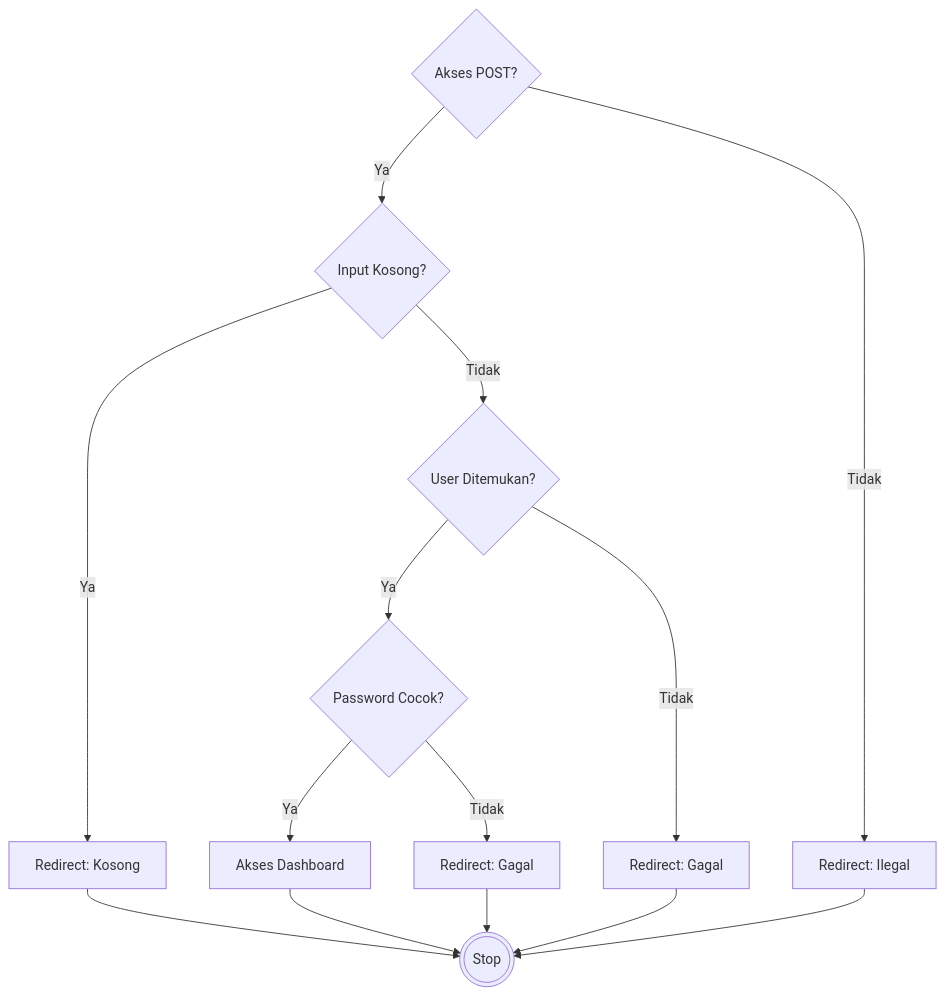
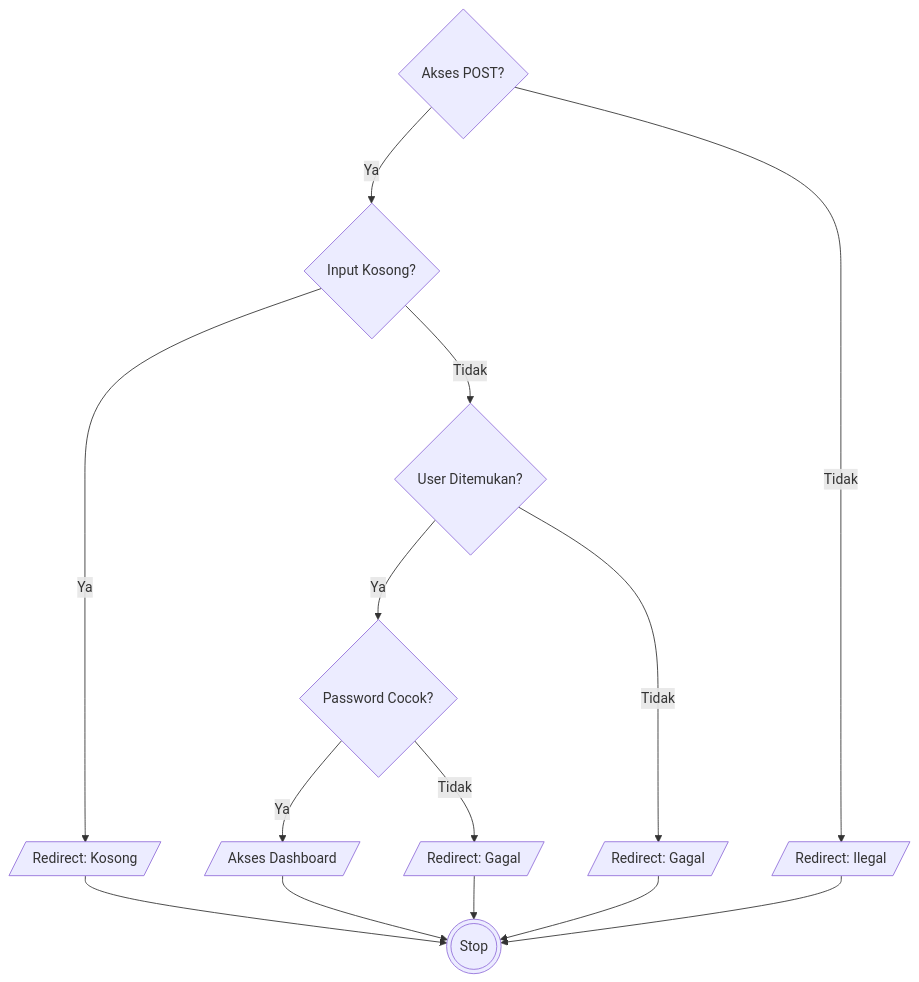
One commit to arbain-dev/Web_fikom changed the first of 6 diagrams in docs/07_PENGUJIAN_WHITE_BOX.md. Above: the diagram before and after it, drawn with Mermaid. The commit also changed other lines of this file and 2 other files, not shown here.

Commit message:
docs: perbaiki bentuk IO pada flowchart

````diff
--- a/docs/07_PENGUJIAN_WHITE_BOX.md
+++ b/docs/07_PENGUJIAN_WHITE_BOX.md
@@ -28,20 +28,20 @@
 ```mermaid
 flowchart TD
     1{Akses POST?} -->|Ya| 2{Input Kosong?}
-    1 -->|Tidak| 9[Redirect: Ilegal]
+    1 -->|Tidak| 9[/Redirect: Ilegal/]
     
-    2 -->|Ya| 3[Redirect: Kosong]
+    2 -->|Ya| 3[/Redirect: Kosong/]
     2 -->|Tidak| 4{User Ditemukan?}
     
     4 -->|Ya| 5{Password Cocok?}
-    4 -->|Tidak| 8[Redirect: Gagal]
+    4 -->|Tidak| 8[/Redirect: Gagal/]
     
-    5 -->|Ya| 6[Akses Dashboard]
-    5 -->|Tidak| 7[Redirect: Gagal]
+    5 -->|Ya| 6[/Akses Dashboard/]
+    5 -->|Tidak| 7[/Redirect: Gagal/]
     
     3 --> 10(((Stop)))
     6 --> 10
     7 --> 10
     8 --> 10
     9 --> 10
 ```
````
